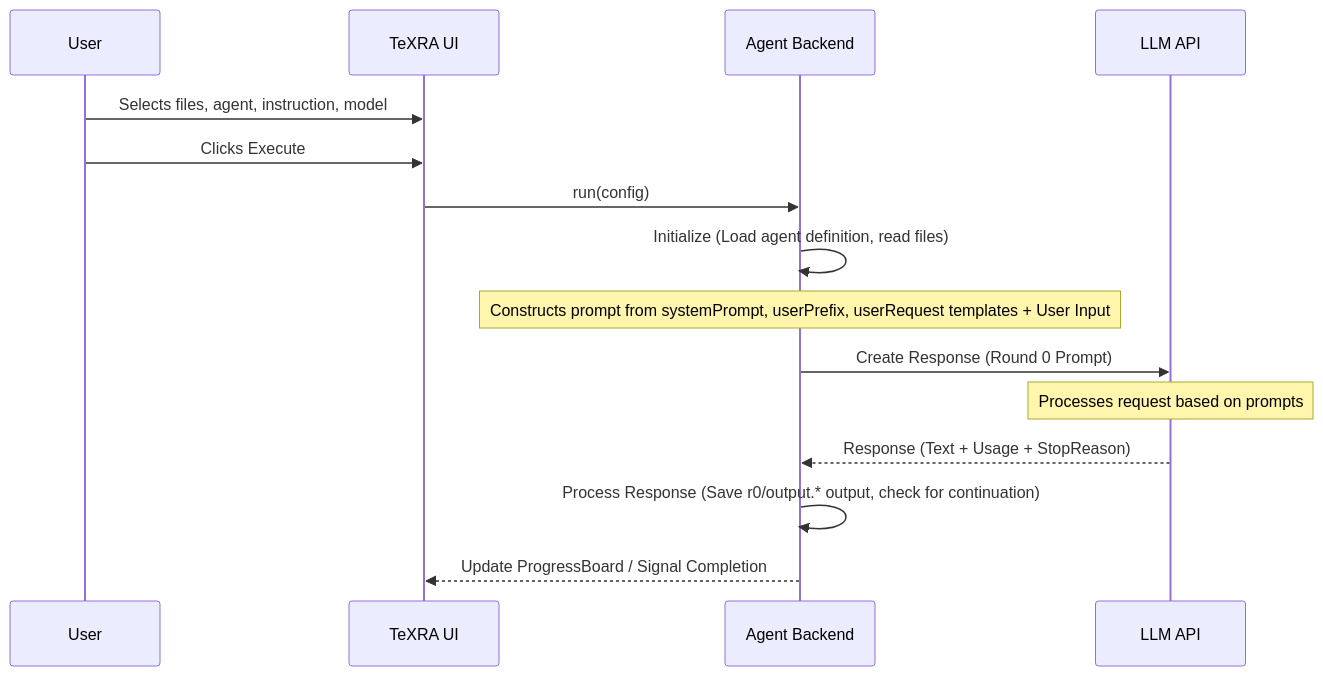
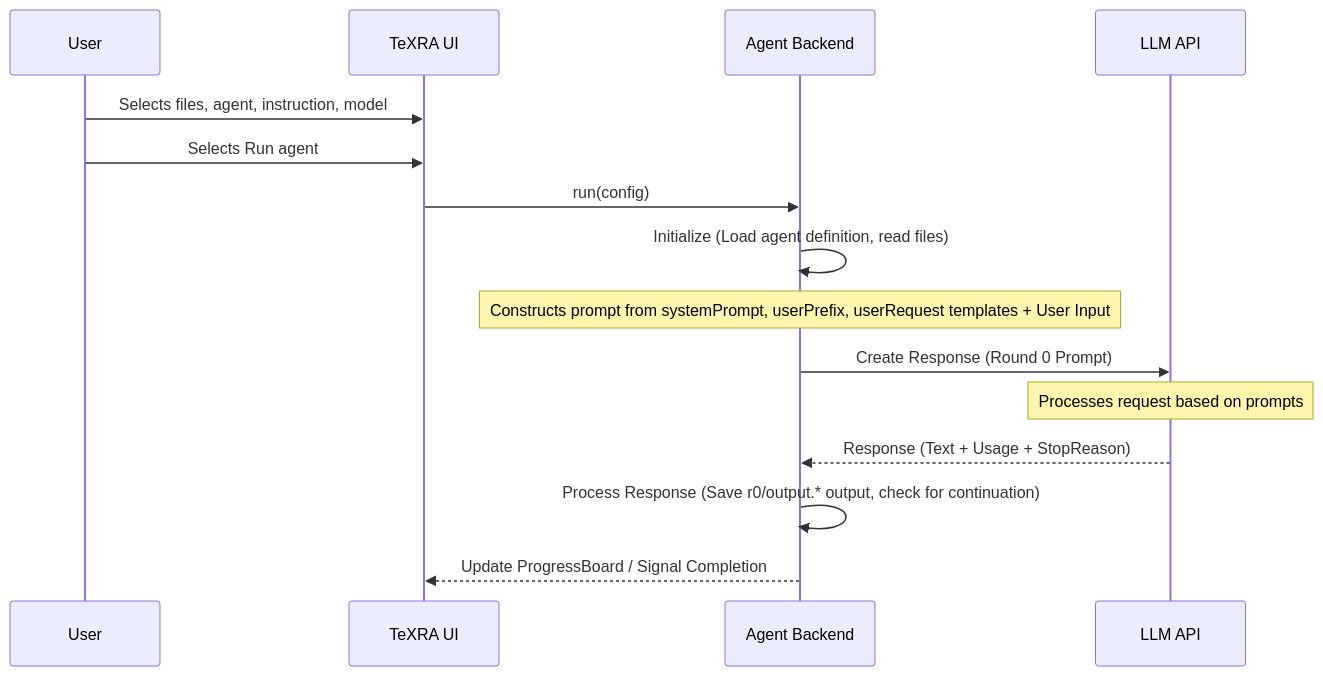
One commit to LionSR/TeXRA changed the diagram in docs/guide/agent-architecture.md. Above: the diagram before and after it, drawn with Mermaid. The commit also changed other lines of this file and 65 other files, not shown here.

````diff
--- a/docs/guide/agent-architecture.md
+++ b/docs/guide/agent-architecture.md
@@ -52,18 +52,18 @@
 ```mermaid
 sequenceDiagram
     participant User
     participant TeXRA UI
     participant Agent Backend
     participant LLM API
 
     User->>TeXRA UI: Selects files, agent, instruction, model
-    User->>TeXRA UI: Clicks Execute
+    User->>TeXRA UI: Selects Run agent
     TeXRA UI->>Agent Backend: run(config)
     Agent Backend->>Agent Backend: Initialize (Load agent definition, read files)
     Note over Agent Backend: Constructs prompt from systemPrompt, userPrefix, userRequest templates + User Input
     Agent Backend->>LLM API: Create Response (Round 0 Prompt)
     Note over LLM API: Processes request based on prompts
     LLM API-->>Agent Backend: Response (Text + Usage + StopReason)
     Agent Backend->>Agent Backend: Process Response (Save r0/output.* output, check for continuation)
     Agent Backend-->>TeXRA UI: Update ProgressBoard / Signal Completion
 ```
````
